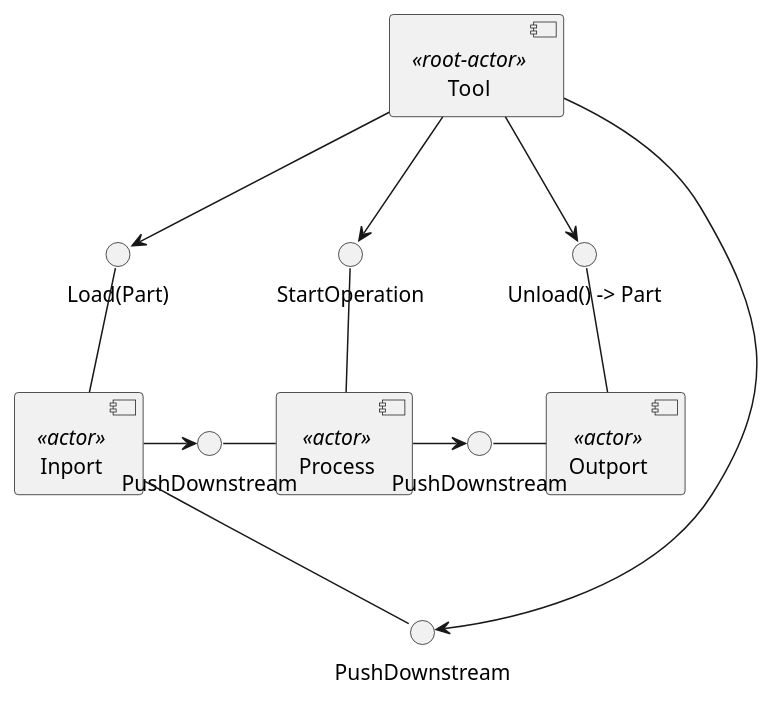
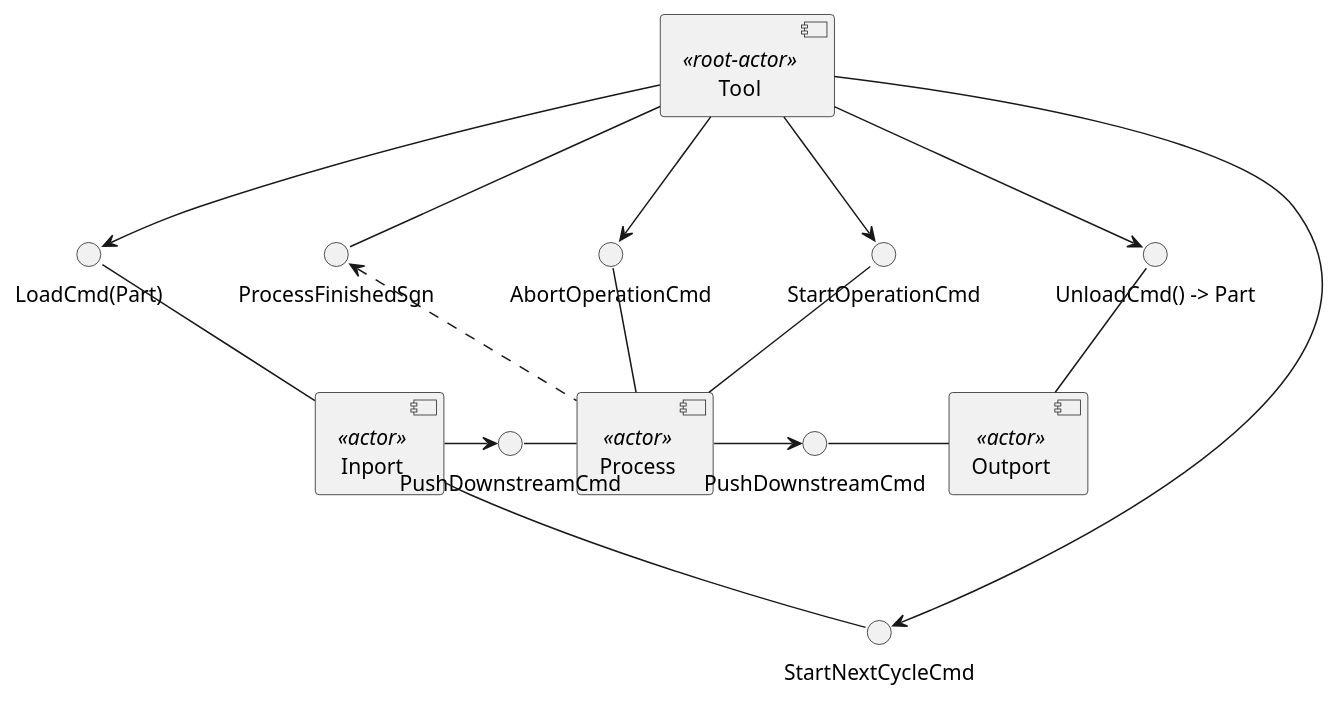
Before and after one commit to onouv/mes-tool-mock-cli: the diagram in doc/aggregate-interfacing.cmp.puml, drawn with PlantUML. The commit also changed 11 other files, not shown here.

```diff
--- a/doc/aggregate-interfacing.cmp.puml
+++ b/doc/aggregate-interfacing.cmp.puml
@@ -1,33 +1,39 @@
 @startuml
 
 component Tool <<root-actor>>
 component Inport <<actor>>
 component Process <<actor>>
 component Outport <<actor>>
 
-interface "PushDownstream" as I1 
-interface "PushDownstream" as P1
-interface "PushDownstream" as O1
-interface "Load(Part)" as I0
-interface "StartOperation" as P0
-interface "Unload() -> Part" as O0
+interface "ProcessFinishedSgn" as TF
+interface "StartNextCycleCmd" as IPpd 
+interface "PushDownstreamCmd" as Ppd
+interface "PushDownstreamCmd" as OPpd
+interface "LoadCmd(Part)" as IPl
+interface "StartOperationCmd" as Ps
+interface "AbortOperationCmd" as Pa
+interface "UnloadCmd() -> Part" as OPul
 
-Inport --() I1
-Inport -up-() I0
+Tool --() TF
+
+Inport --() IPpd
+Inport -up-() IPl
  
-Process -left-() P1
-Process-up-() P0
+Process -left-() Ppd
+Process-up-() Ps
+Process-up-() Pa
 
+Outport -left-() OPpd
+Outport -up-() OPul
 
-Outport -left-() O1
-Outport -up-() O0
+Process -right-> OPpd
+Inport -right-> Ppd
 
-Process -right-> O1
-Inport -right-> P1
-
-Tool --> I0 
-Tool -down-> I1
-Tool -down-> P0
-Tool -down-> O0
+Tool --> IPl 
+Process .up.> TF
+Tool -down-> IPpd
+Tool -down-> Ps
+Tool -down-> Pa
+Tool -down-> OPul
 
 @enduml
```
